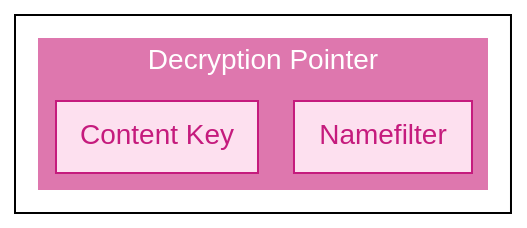
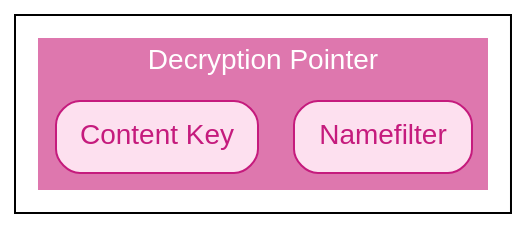
The diagram in spec/diagrams/decryption_pointer.dot (wnfs-wg/spec), drawn with Graphviz before and after one commit.

```diff
--- a/spec/diagrams/decryption_pointer.dot
+++ b/spec/diagrams/decryption_pointer.dot
@@ -1,44 +1,44 @@
 digraph G {
     #########
     # SETUP #
     #########
 
     compound = true
     fontname = "Helvetica"
 
     edge [
         colorscheme = "piyg11"
         color = black
         fontname = "Helvetica"
     ];
 
     node [
         shape = box
         colorscheme = "piyg11"
-        style = filled
+        style = "rounded,filled"
         fillcolor = 5
         color = black
         fontname = "Helvetica"
         color=2
         fontcolor=2
     ];
 
     graph [
         colorscheme="piyg11"
         color=10
         style = filled
         fontcolor=white
     ];
 
     ############
     # CLUSTERS #
     ############
 
     subgraph cluster_decryption_pointer {
         label = "Decryption Pointer"
         color=3
 
         namefilter [label = "Namefilter"]
         content_key [label = "Content Key"]
     }
 }
```
